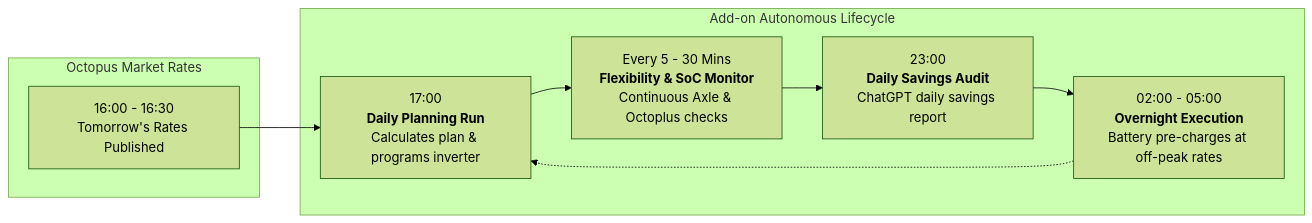
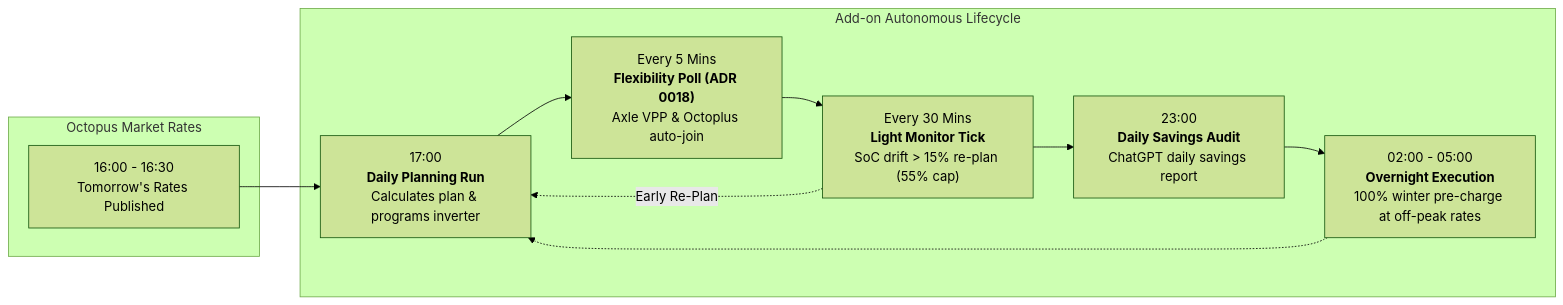
Before and after one commit to revhawk/GivEnergy_Tracker: the first of 2 diagrams in ha-addon/DOCS.md, drawn with Mermaid (forest theme). The commit also changed other lines of this file and 7 other files, not shown here.

Commit message:
docs(release): bump to v1.0.25.8, update 5m/30m architecture flows, and guard against stale doc versions

````diff
--- a/ha-addon/DOCS.md
+++ b/ha-addon/DOCS.md
@@ -57,19 +57,22 @@
 ```mermaid
 flowchart LR
     subgraph Market["Octopus Market Rates"]
         Rates["16:00 - 16:30<br/>Tomorrow's Rates Published"]
     end
 
     subgraph Addon["Add-on Autonomous Lifecycle"]
         Plan["17:00<br/><b>Daily Planning Run</b><br/>Calculates plan & programs inverter"]
-        Monitor["Every 5 - 30 Mins<br/><b>Flexibility & SoC Monitor</b><br/>Continuous Axle & Octoplus checks"]
+        Flex["Every 5 Mins<br/><b>Flexibility Poll (ADR 0018)</b><br/>Axle VPP & Octoplus auto-join"]
+        Drift["Every 30 Mins<br/><b>Light Monitor Tick</b><br/>SoC drift > 15% re-plan (55% cap)"]
         Audit["23:00<br/><b>Daily Savings Audit</b><br/>ChatGPT daily savings report"]
-        Charge["02:00 - 05:00<br/><b>Overnight Execution</b><br/>Battery pre-charges at off-peak rates"]
+        Charge["02:00 - 05:00<br/><b>Overnight Execution</b><br/>100% winter pre-charge at off-peak rates"]
     end
 
     Rates --> Plan
-    Plan --> Monitor
-    Monitor --> Audit
+    Plan --> Flex
+    Flex --> Drift
+    Drift -.->|Early Re-Plan| Plan
+    Drift --> Audit
     Audit --> Charge
     Charge -.-> Plan
 ```
````
